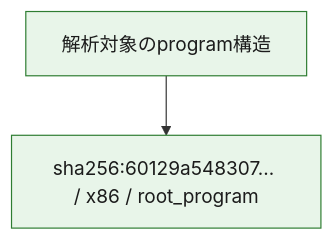
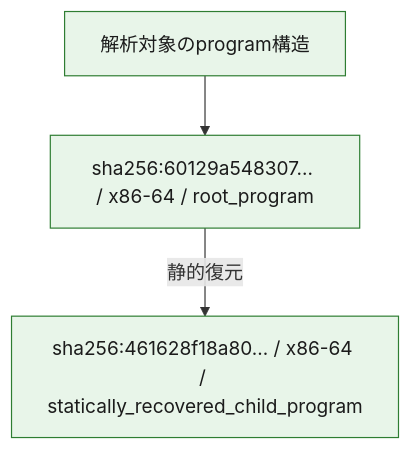
The third of 3 diagrams in analysis-results/malware/vidar/versions/unknown/cases/60129a548307204fed1f4c698e12bc17d941592d81deb163f9fa63f4c6ecb3db/OVERALL-LOGIC.md (proshiba/AI-security-analysis), drawn with Mermaid before and after one commit. The commit also changed other lines of this file and 151 other files, not shown here.

````diff
--- a/analysis-results/malware/vidar/versions/unknown/cases/60129a548307204fed1f4c698e12bc17d941592d81deb163f9fa63f4c6ecb3db/OVERALL-LOGIC.md
+++ b/analysis-results/malware/vidar/versions/unknown/cases/60129a548307204fed1f4c698e12bc17d941592d81deb163f9fa63f4c6ecb3db/OVERALL-LOGIC.md
@@ -45,10 +49,12 @@
 ```mermaid
 flowchart TD
   module_scope["解析対象のprogram構造"]
-  module_01["sha256:60129a548307… / x86 / root_program"]
+  module_01["sha256:60129a548307… / x86-64 / root_program"]
+  module_02["sha256:461628f18a80… / x86-64 / statically_recovered_child_program"]
+  module_01 -->|静的復元| module_02
   module_scope --> module_01
   class module_scope confirmed
-  class module_01 confirmed
+  class module_01,module_02 confirmed
   classDef confirmed fill:#e8f5e9,stroke:#2e7d32,color:#1b1b1b
   classDef unresolved fill:#fff8e1,stroke:#f9a825,color:#1b1b1b,stroke-dasharray:5 5
 ```
````
